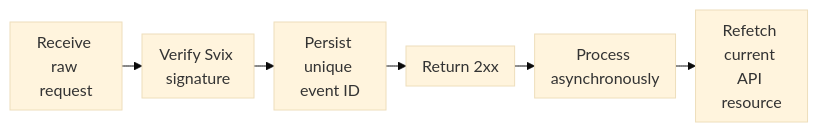
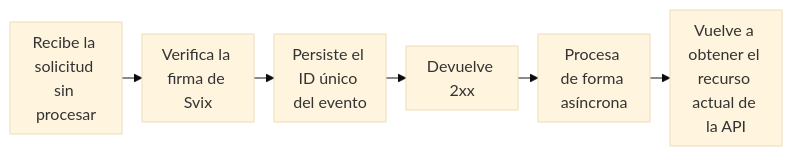
One commit to swipelux/public-docs changed the diagram in es/integration/webhooks.mdx. Above: the diagram before and after it, drawn with Mermaid (base theme). The commit also changed other lines of this file and 285 other files, not shown here.

````diff
--- a/es/integration/webhooks.mdx
+++ b/es/integration/webhooks.mdx
@@ -8,9 +8,9 @@
 ```mermaid
 %%{init: {"flowchart": {"rankSpacing": 20, "nodeSpacing": 16, "wrappingWidth": 80, "padding": 8}}}%%
 flowchart LR
-  A["Receive raw request"] --> B["Verify Svix signature"]
-  B --> C["Persist unique event ID"]
-  C --> D["Return 2xx"]
-  D --> E["Process asynchronously"]
-  E --> F["Refetch current API resource"]
+  A["Recibe la solicitud sin procesar"] --> B["Verifica la firma de Svix"]
+  B --> C["Persiste el ID único del evento"]
+  C --> D["Devuelve 2xx"]
+  D --> E["Procesa de forma asíncrona"]
+  E --> F["Vuelve a obtener el recurso actual de la API"]
 ```
````
